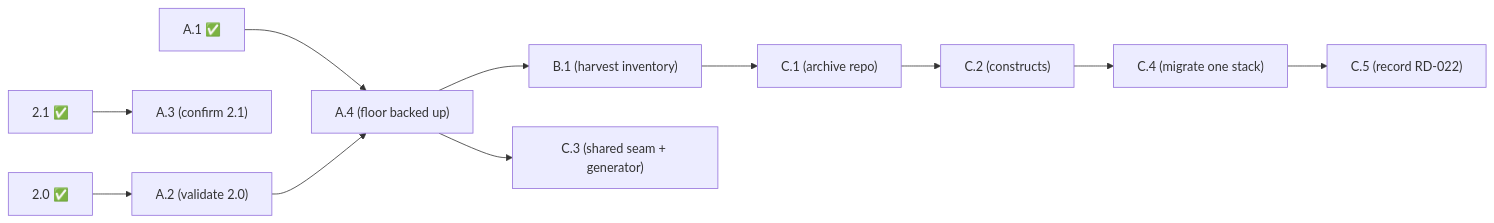
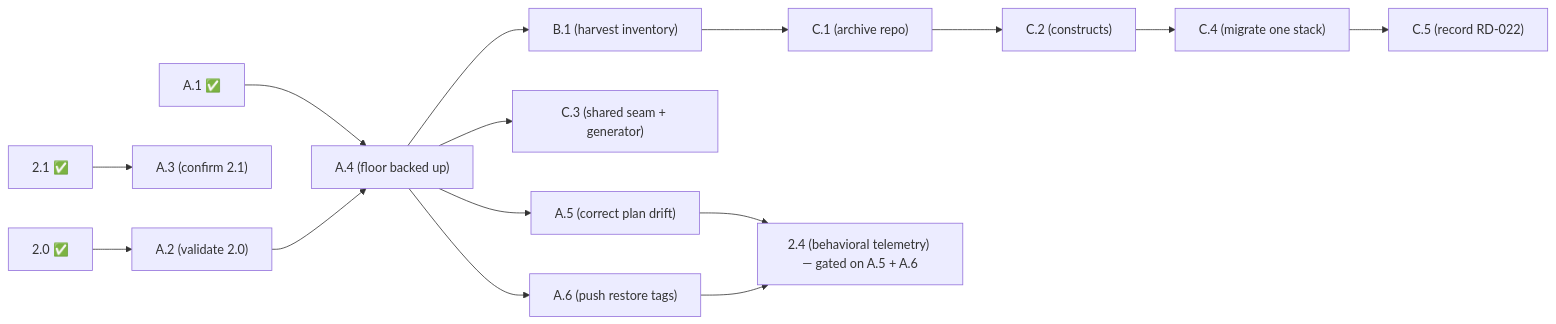
The first of 2 diagrams in docs/BUILD_ORDER.md (warrenrutledge64/ZTIE-Issues), drawn with Mermaid before and after one commit. The commit also changed other lines of this file and 2 other files, not shown here.

````diff
--- a/docs/BUILD_ORDER.md
+++ b/docs/BUILD_ORDER.md
@@ -99,13 +102,17 @@
 ```mermaid
 graph LR
   N20["2.0 ✅"] --> A2["A.2 (validate 2.0)"]
   N21["2.1 ✅"] --> A3["A.3 (confirm 2.1)"]
   A1["A.1 ✅"] --> A4["A.4 (floor backed up)"]
   A2 --> A4
   A4 --> B1["B.1 (harvest inventory)"]
   A4 --> C3["C.3 (shared seam + generator)"]
   B1 --> C1["C.1 (archive repo)"]
   C1 --> C2["C.2 (constructs)"]
   C2 --> C4["C.4 (migrate one stack)"]
   C4 --> C5["C.5 (record RD-022)"]
+  A4 --> A5["A.5 (correct plan drift)"]
+  A4 --> A6["A.6 (push restore tags)"]
+  A5 --> P24["2.4 (behavioral telemetry) — gated on A.5 + A.6"]
+  A6 --> P24
 ```
````
